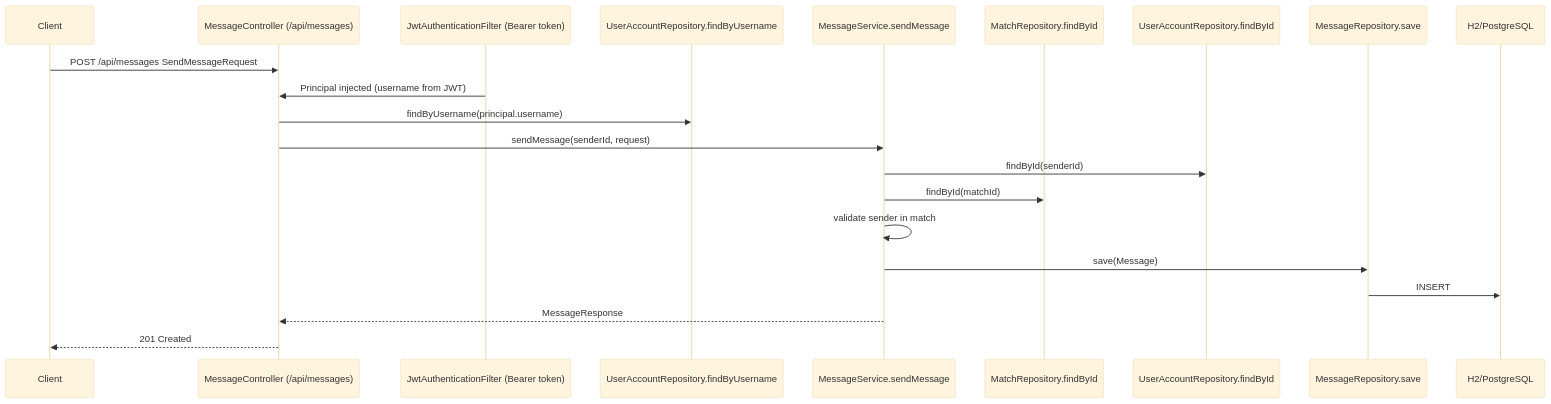
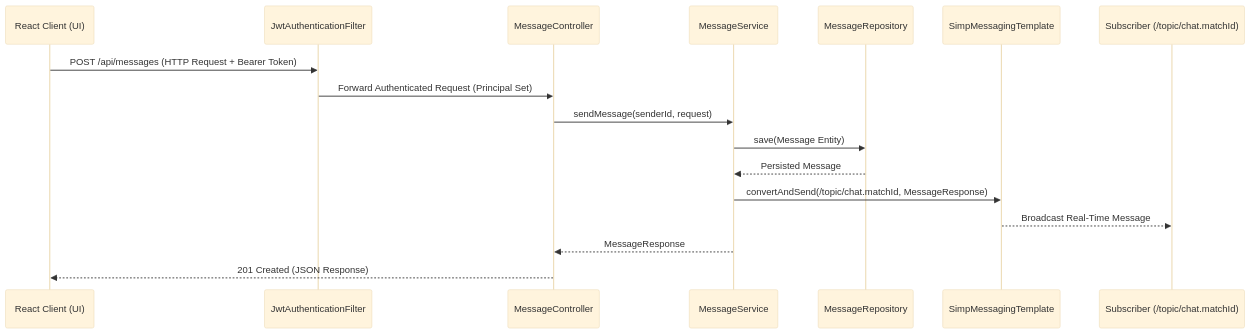
The third of 5 diagrams in README.md (vSAQv/meetApp), drawn with Mermaid (base theme) before and after one commit. The commit also changed other lines of this file, not shown here.

````diff
--- a/README.md
+++ b/README.md
@@ -151,24 +158,20 @@
 ```mermaid
 sequenceDiagram
-  participant Client
-  participant RestCtrl as MessageController (/api/messages)
-  participant Sec as JwtAuthenticationFilter (Bearer token)
-  participant AuthUserId as UserAccountRepository.findByUsername
-  participant Service as MessageService.sendMessage
-  participant MatchRepo as MatchRepository.findById
-  participant UserRepo as UserAccountRepository.findById
-  participant MsgRepo as MessageRepository.save
-  participant DB as H2/PostgreSQL
+  participant Client as React Client (UI)
+  participant Sec as JwtAuthenticationFilter
+  participant RestCtrl as MessageController
+  participant Service as MessageService
+  participant MsgRepo as MessageRepository
+  participant STOMP as SimpMessagingTemplate
+  participant WSClient as Subscriber (/topic/chat.matchId)
 
-  Client->>RestCtrl: POST /api/messages SendMessageRequest
-  Sec->>RestCtrl: Principal injected (username from JWT)
-  RestCtrl->>AuthUserId: findByUsername(principal.username)
+  Client->>Sec: POST /api/messages (HTTP Request + Bearer Token)
+  Sec->>RestCtrl: Forward Authenticated Request (Principal Set)
   RestCtrl->>Service: sendMessage(senderId, request)
-  Service->>UserRepo: findById(senderId)
-  Service->>MatchRepo: findById(matchId)
-  Service->>Service: validate sender in match
-  Service->>MsgRepo: save(Message)
-  MsgRepo->>DB: INSERT
+  Service->>MsgRepo: save(Message Entity)
+  MsgRepo-->>Service: Persisted Message
+  Service->>STOMP: convertAndSend(/topic/chat.matchId, MessageResponse)
+  STOMP-->>WSClient: Broadcast Real-Time Message
   Service-->>RestCtrl: MessageResponse
-  RestCtrl-->>Client: 201 Created
+  RestCtrl-->>Client: 201 Created (JSON Response)
 ```
````
